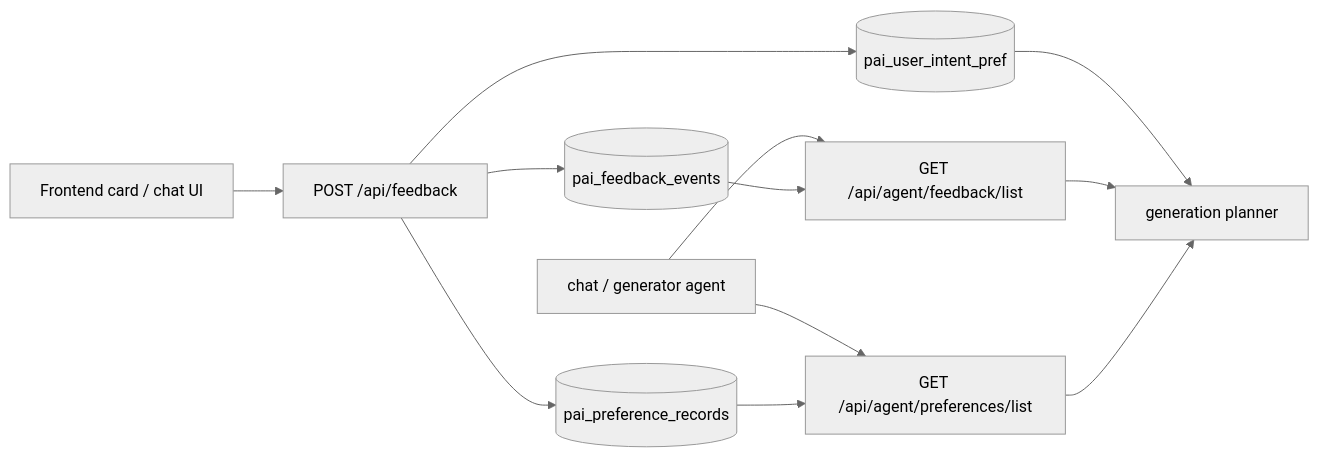
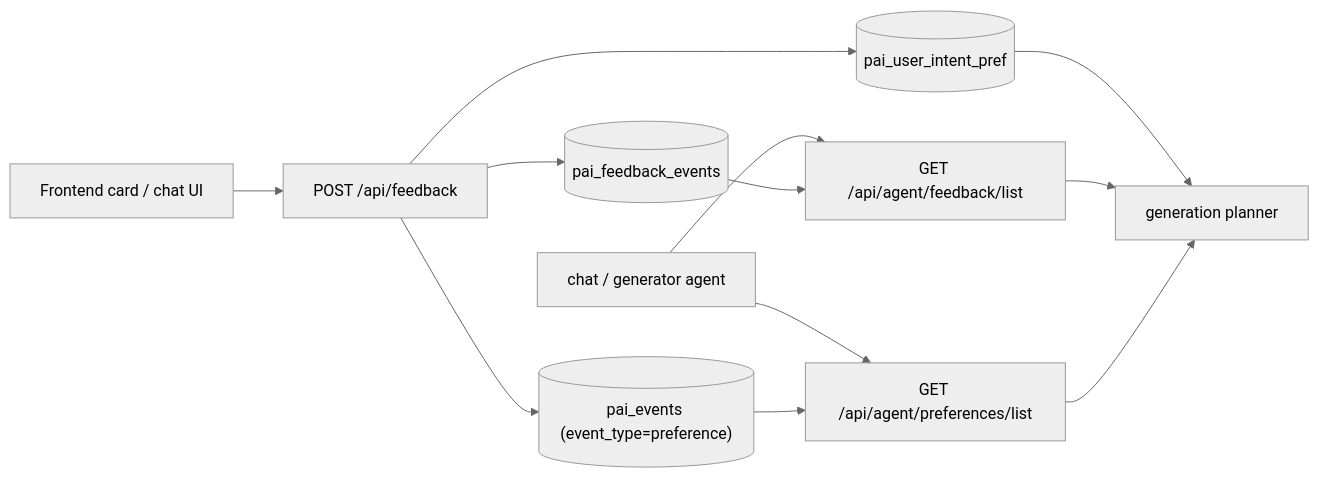
The first of 2 diagrams in docs/modules/feedback.mdx (Edge-AI-HQ/proactive-assistant), drawn with Mermaid (neutral theme) before and after one commit. The commit also changed other lines of this file and 326 other files, not shown here.

First line of the commit message:
refactor(memory): lifelong-memory three-layer refactor + legacy architecture sunset (#215)

````diff
--- a/docs/modules/feedback.mdx
+++ b/docs/modules/feedback.mdx
@@ -16,14 +16,14 @@
 ```mermaid
 flowchart LR
   UI["Frontend card / chat UI"] --> Feedback["POST /api/feedback"]
   Feedback --> Events[("pai_feedback_events")]
   Feedback --> Fingerprint[("pai_user_intent_pref")]
-  Feedback --> Prefs[("pai_preference_records")]
+  Feedback --> Prefs[("pai_events (event_type=preference)")]
   Agent["chat / generator agent"] --> AgentFeedback["GET /api/agent/feedback/list"]
   Agent --> AgentPrefs["GET /api/agent/preferences/list"]
   Events --> AgentFeedback
   Prefs --> AgentPrefs
   Fingerprint --> Planner["generation planner"]
   AgentFeedback --> Planner
   AgentPrefs --> Planner
 ```
````
